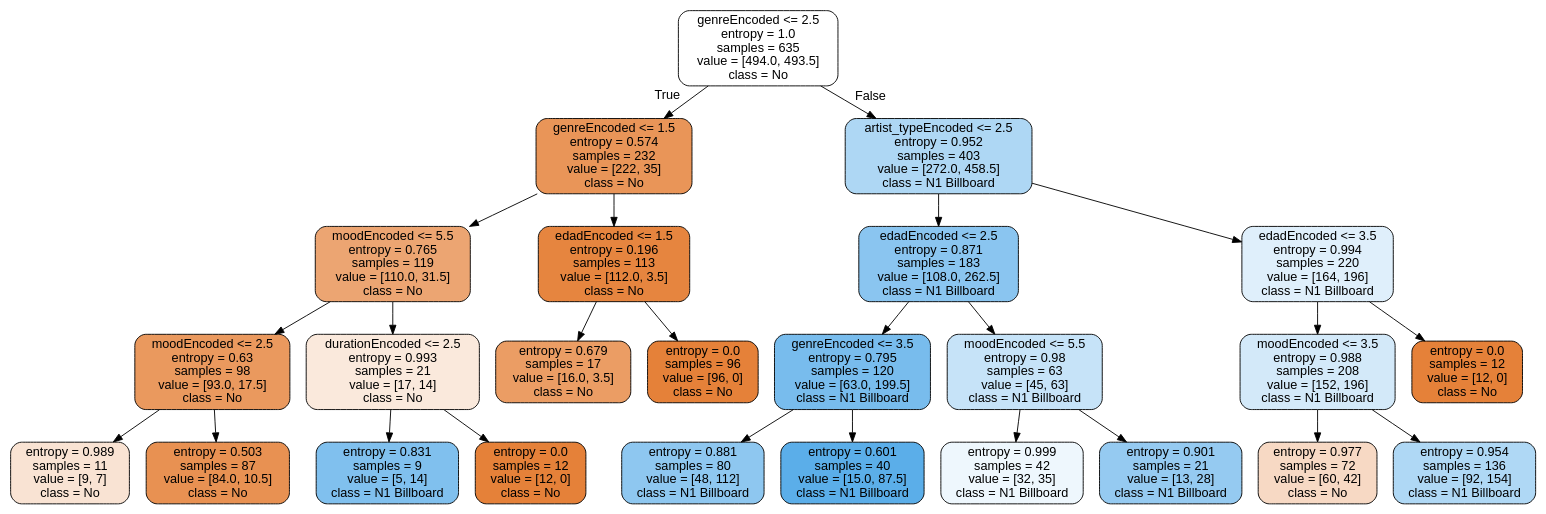
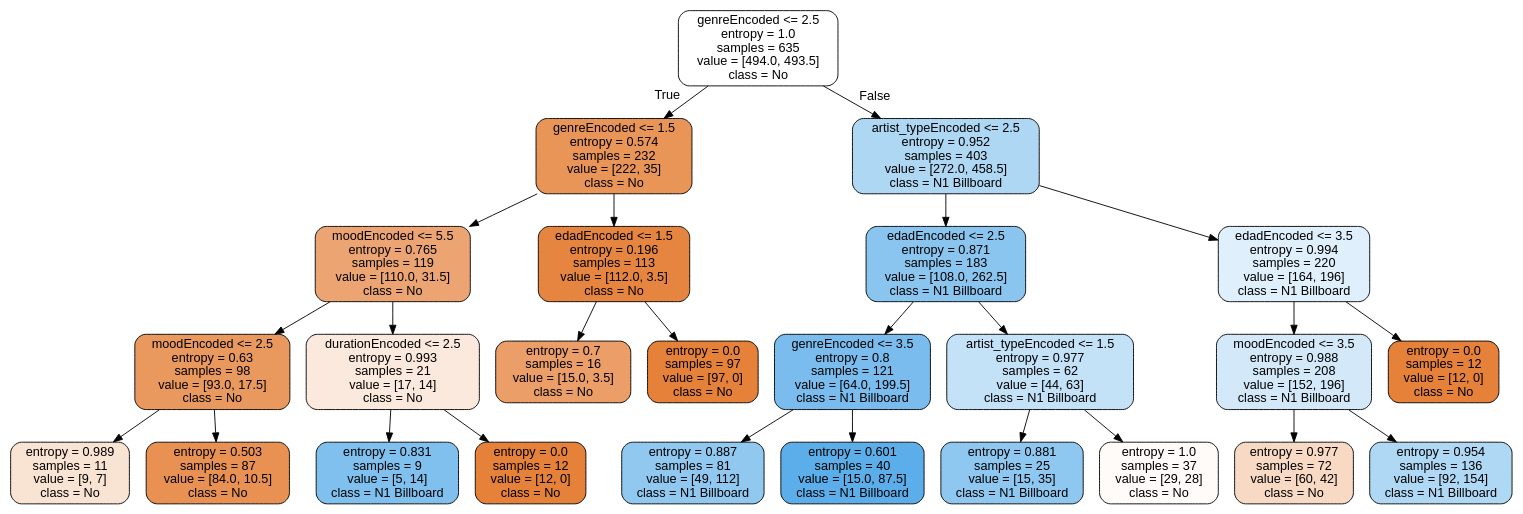
Before and after one commit to Ranma84/machine-learning: the diagram in tree1.dot, drawn with Graphviz. The commit also changed 12 other files, not shown here.

```diff
--- a/tree1.dot
+++ b/tree1.dot
@@ -1,53 +1,53 @@
 digraph Tree {
 node [shape=box, style="filled, rounded", color="black", fontname="helvetica"] ;
 edge [fontname="helvetica"] ;
 0 [label="genreEncoded <= 2.5\nentropy = 1.0\nsamples = 635\nvalue = [494.0, 493.5]\nclass = No", fillcolor="#ffffff"] ;
 1 [label="genreEncoded <= 1.5\nentropy = 0.574\nsamples = 232\nvalue = [222, 35]\nclass = No", fillcolor="#e99558"] ;
 0 -> 1 [labeldistance=2.5, labelangle=45, headlabel="True"] ;
 2 [label="moodEncoded <= 5.5\nentropy = 0.765\nsamples = 119\nvalue = [110.0, 31.5]\nclass = No", fillcolor="#eca572"] ;
 1 -> 2 ;
 3 [label="moodEncoded <= 2.5\nentropy = 0.63\nsamples = 98\nvalue = [93.0, 17.5]\nclass = No", fillcolor="#ea995e"] ;
 2 -> 3 ;
 4 [label="entropy = 0.989\nsamples = 11\nvalue = [9, 7]\nclass = No", fillcolor="#f9e3d3"] ;
 3 -> 4 ;
 5 [label="entropy = 0.503\nsamples = 87\nvalue = [84.0, 10.5]\nclass = No", fillcolor="#e89152"] ;
 3 -> 5 ;
 6 [label="durationEncoded <= 2.5\nentropy = 0.993\nsamples = 21\nvalue = [17, 14]\nclass = No", fillcolor="#fae9dc"] ;
 2 -> 6 ;
 7 [label="entropy = 0.831\nsamples = 9\nvalue = [5, 14]\nclass = N1 Billboard", fillcolor="#80c0ee"] ;
 6 -> 7 ;
 8 [label="entropy = 0.0\nsamples = 12\nvalue = [12, 0]\nclass = No", fillcolor="#e58139"] ;
 6 -> 8 ;
 9 [label="edadEncoded <= 1.5\nentropy = 0.196\nsamples = 113\nvalue = [112.0, 3.5]\nclass = No", fillcolor="#e6853f"] ;
 1 -> 9 ;
-10 [label="entropy = 0.679\nsamples = 17\nvalue = [16.0, 3.5]\nclass = No", fillcolor="#eb9d64"] ;
+10 [label="entropy = 0.7\nsamples = 16\nvalue = [15.0, 3.5]\nclass = No", fillcolor="#eb9e67"] ;
 9 -> 10 ;
-11 [label="entropy = 0.0\nsamples = 96\nvalue = [96, 0]\nclass = No", fillcolor="#e58139"] ;
+11 [label="entropy = 0.0\nsamples = 97\nvalue = [97, 0]\nclass = No", fillcolor="#e58139"] ;
 9 -> 11 ;
 12 [label="artist_typeEncoded <= 2.5\nentropy = 0.952\nsamples = 403\nvalue = [272.0, 458.5]\nclass = N1 Billboard", fillcolor="#aed7f4"] ;
 0 -> 12 [labeldistance=2.5, labelangle=-45, headlabel="False"] ;
 13 [label="edadEncoded <= 2.5\nentropy = 0.871\nsamples = 183\nvalue = [108.0, 262.5]\nclass = N1 Billboard", fillcolor="#8ac5f0"] ;
 12 -> 13 ;
-14 [label="genreEncoded <= 3.5\nentropy = 0.795\nsamples = 120\nvalue = [63.0, 199.5]\nclass = N1 Billboard", fillcolor="#78bced"] ;
+14 [label="genreEncoded <= 3.5\nentropy = 0.8\nsamples = 121\nvalue = [64.0, 199.5]\nclass = N1 Billboard", fillcolor="#79bced"] ;
 13 -> 14 ;
-15 [label="entropy = 0.881\nsamples = 80\nvalue = [48, 112]\nclass = N1 Billboard", fillcolor="#8ec7f0"] ;
+15 [label="entropy = 0.887\nsamples = 81\nvalue = [49, 112]\nclass = N1 Billboard", fillcolor="#90c8f0"] ;
 14 -> 15 ;
 16 [label="entropy = 0.601\nsamples = 40\nvalue = [15.0, 87.5]\nclass = N1 Billboard", fillcolor="#5baee9"] ;
 14 -> 16 ;
-17 [label="moodEncoded <= 5.5\nentropy = 0.98\nsamples = 63\nvalue = [45, 63]\nclass = N1 Billboard", fillcolor="#c6e3f8"] ;
+17 [label="artist_typeEncoded <= 1.5\nentropy = 0.977\nsamples = 62\nvalue = [44, 63]\nclass = N1 Billboard", fillcolor="#c3e1f7"] ;
 13 -> 17 ;
-18 [label="entropy = 0.999\nsamples = 42\nvalue = [32, 35]\nclass = N1 Billboard", fillcolor="#eef7fd"] ;
+18 [label="entropy = 0.881\nsamples = 25\nvalue = [15, 35]\nclass = N1 Billboard", fillcolor="#8ec7f0"] ;
 17 -> 18 ;
-19 [label="entropy = 0.901\nsamples = 21\nvalue = [13, 28]\nclass = N1 Billboard", fillcolor="#95caf1"] ;
+19 [label="entropy = 1.0\nsamples = 37\nvalue = [29, 28]\nclass = No", fillcolor="#fefbf8"] ;
 17 -> 19 ;
 20 [label="edadEncoded <= 3.5\nentropy = 0.994\nsamples = 220\nvalue = [164, 196]\nclass = N1 Billboard", fillcolor="#dfeffb"] ;
 12 -> 20 ;
 21 [label="moodEncoded <= 3.5\nentropy = 0.988\nsamples = 208\nvalue = [152, 196]\nclass = N1 Billboard", fillcolor="#d3e9f9"] ;
 20 -> 21 ;
 22 [label="entropy = 0.977\nsamples = 72\nvalue = [60, 42]\nclass = No", fillcolor="#f7d9c4"] ;
 21 -> 22 ;
 23 [label="entropy = 0.954\nsamples = 136\nvalue = [92, 154]\nclass = N1 Billboard", fillcolor="#afd8f5"] ;
 21 -> 23 ;
 24 [label="entropy = 0.0\nsamples = 12\nvalue = [12, 0]\nclass = No", fillcolor="#e58139"] ;
 20 -> 24 ;
 }
```
